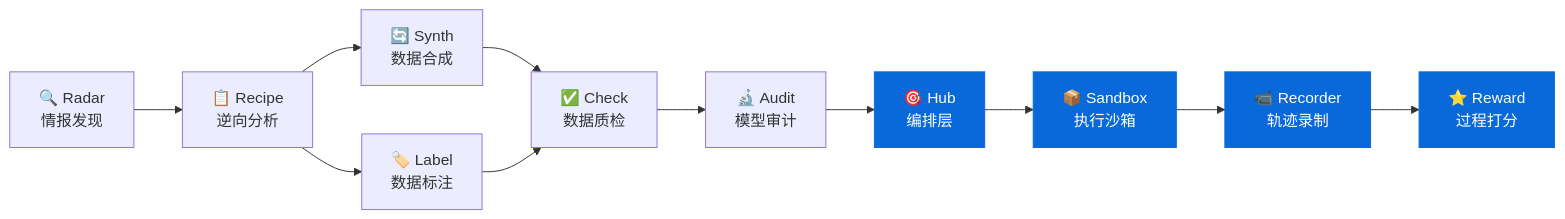
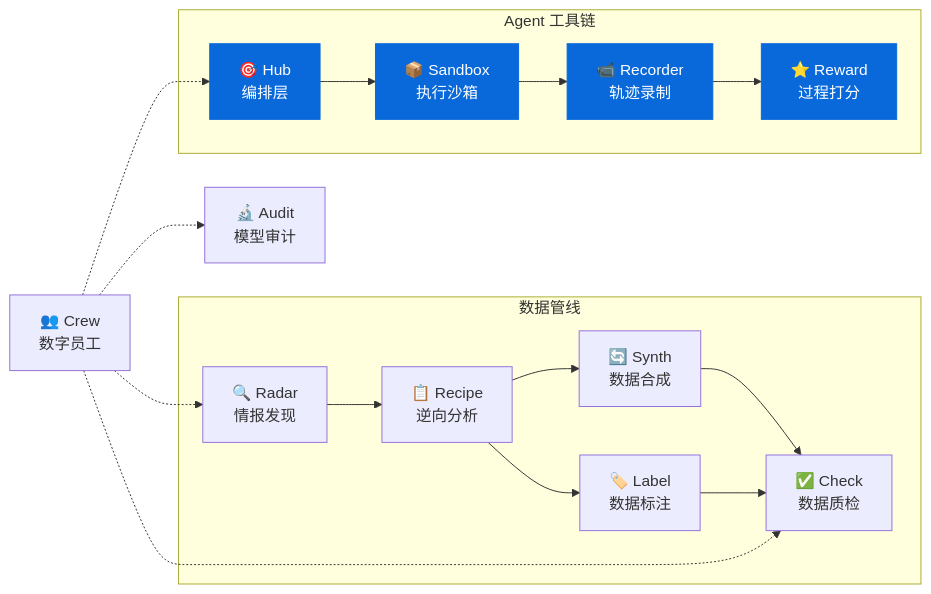
One commit to liuxiaotong/knowlyr-agent changed the second of 2 diagrams in README.md. Above: the diagram before and after it, drawn with Mermaid. The commit also changed other lines of this file, not shown here.

Commit message:
docs: 更新生态表格和 Mermaid 图，新增 Crew 项目

````diff
--- a/README.md
+++ b/README.md
@@ -340,17 +341,25 @@
 ```mermaid
 graph LR
-    Radar["🔍 Radar<br/>情报发现"] --> Recipe["📋 Recipe<br/>逆向分析"]
-    Recipe --> Synth["🔄 Synth<br/>数据合成"]
-    Recipe --> Label["🏷️ Label<br/>数据标注"]
-    Synth --> Check["✅ Check<br/>数据质检"]
-    Label --> Check
-    Check --> Audit["🔬 Audit<br/>模型审计"]
-    Audit --> Hub["🎯 Hub<br/>编排层"]
-    Hub --> Sandbox["📦 Sandbox<br/>执行沙箱"]
-    Sandbox --> Recorder["📹 Recorder<br/>轨迹录制"]
-    Recorder --> Reward["⭐ Reward<br/>过程打分"]
+    subgraph 数据管线
+        Radar["🔍 Radar<br/>情报发现"] --> Recipe["📋 Recipe<br/>逆向分析"]
+        Recipe --> Synth["🔄 Synth<br/>数据合成"]
+        Recipe --> Label["🏷️ Label<br/>数据标注"]
+        Synth --> Check["✅ Check<br/>数据质检"]
+        Label --> Check
+    end
+    Audit["🔬 Audit<br/>模型审计"]
+    subgraph Agent 工具链
+        Hub["🎯 Hub<br/>编排层"] --> Sandbox["📦 Sandbox<br/>执行沙箱"]
+        Sandbox --> Recorder["📹 Recorder<br/>轨迹录制"]
+        Recorder --> Reward["⭐ Reward<br/>过程打分"]
+    end
+    Crew["👥 Crew<br/>数字员工"]
+    Crew -.-> Radar
+    Crew -.-> Check
+    Crew -.-> Audit
+    Crew -.-> Hub
     style Hub fill:#0969da,color:#fff,stroke:#0969da
     style Sandbox fill:#0969da,color:#fff,stroke:#0969da
     style Recorder fill:#0969da,color:#fff,stroke:#0969da
     style Reward fill:#0969da,color:#fff,stroke:#0969da
 ```
````
